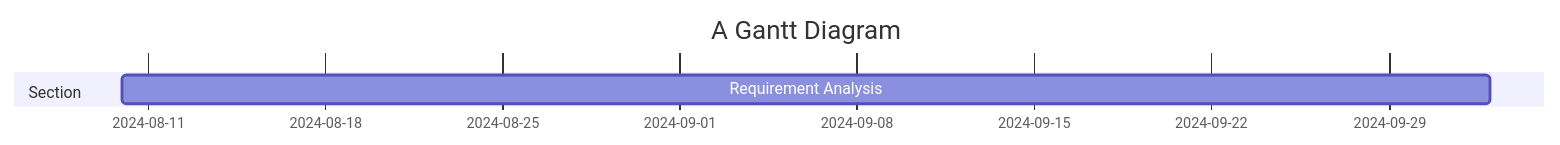
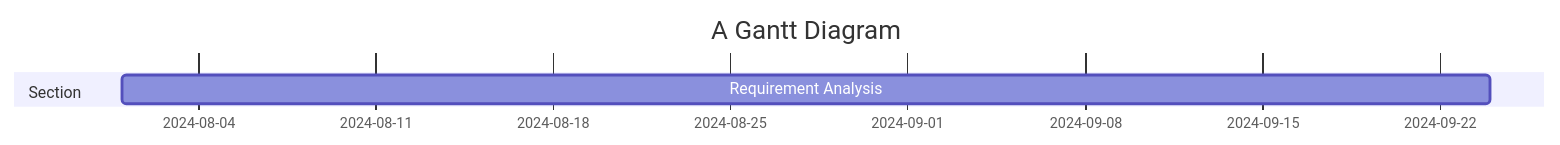
Before and after one commit to sayshelley/iodraw-files: the diagram in all/Code Gantt Chart.md, drawn with Mermaid.

Commit message:
2024-10-04 15:43:10 update

````diff
--- a/all/Code Gantt Chart.md
+++ b/all/Code Gantt Chart.md
@@ -1,11 +1,11 @@
 ```mermaid
 gantt
     title A Gantt Diagram
     dateFormat  YYYY-MM-DD
     section Section
-    Requirement Analysis        :a1, 2024-08-10, 54d
+    Requirement Analysis        :a1, 2024-08-, 54d
     
 
 
    
 ```
````
